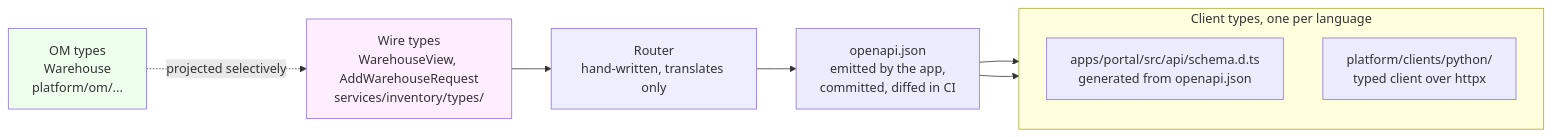
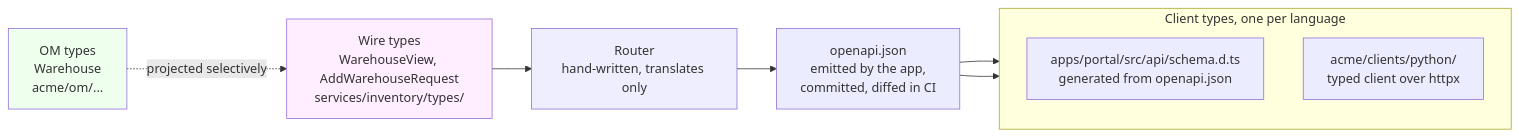
One commit to Crack525/swe_guidelines changed the second of 7 diagrams in architecture.md. Above: the diagram before and after it, drawn with Mermaid. The commit also changed other lines of this file and 21 other files, not shown here.

````diff
--- a/architecture.md
+++ b/architecture.md
@@ -2151,23 +2265,23 @@
 ``` mermaid
 flowchart LR
-    OM[OM types<br/>Warehouse<br/>platform/om/...]
+    OM[OM types<br/>Warehouse<br/>acme/om/...]
     View[Wire types<br/>WarehouseView, AddWarehouseRequest<br/>services/inventory/types/]
     Router[Router<br/>hand-written, translates only]
     OpenAPI[openapi.json<br/>emitted by the app,<br/>committed, diffed in CI]
 
     subgraph Clients [Client types, one per language]
         direction TB
         TsTypes[apps/portal/src/api/schema.d.ts<br/>generated from openapi.json]
-        PyClient[platform/clients/python/<br/>typed client over httpx]
+        PyClient[acme/clients/python/<br/>typed client over httpx]
     end
 
     OM -. projected selectively .-> View
     View --> Router
     Router --> OpenAPI
     OpenAPI --> TsTypes
     OpenAPI --> PyClient
 
     style Router fill:#eef
     style OM fill:#efe
     style View fill:#fef
 ```
````
